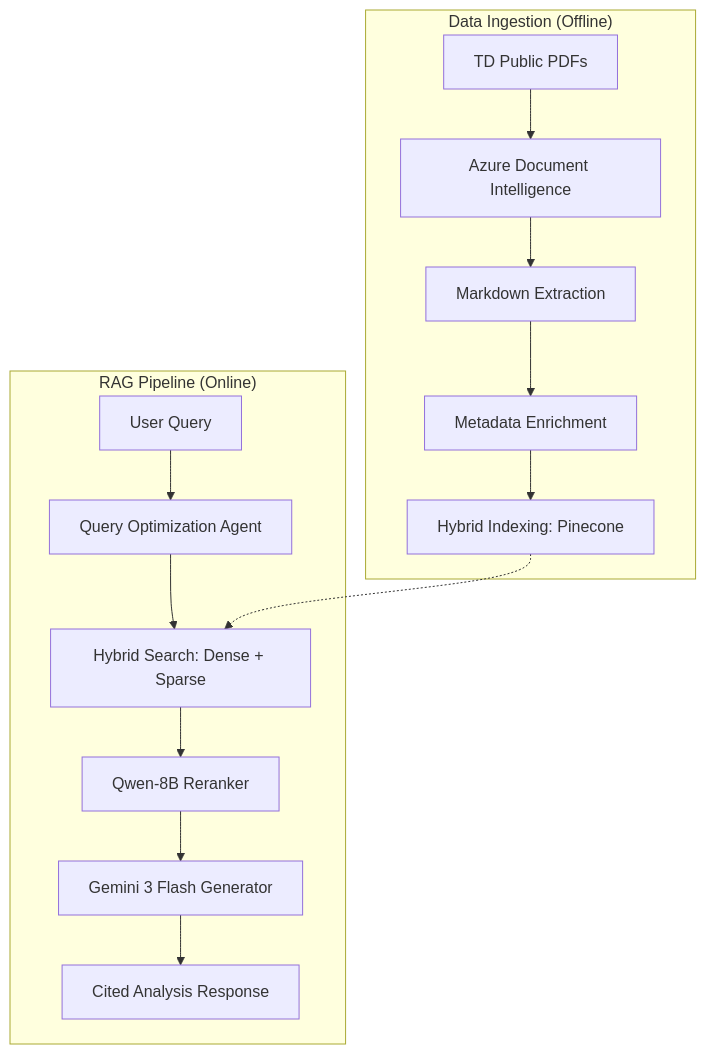
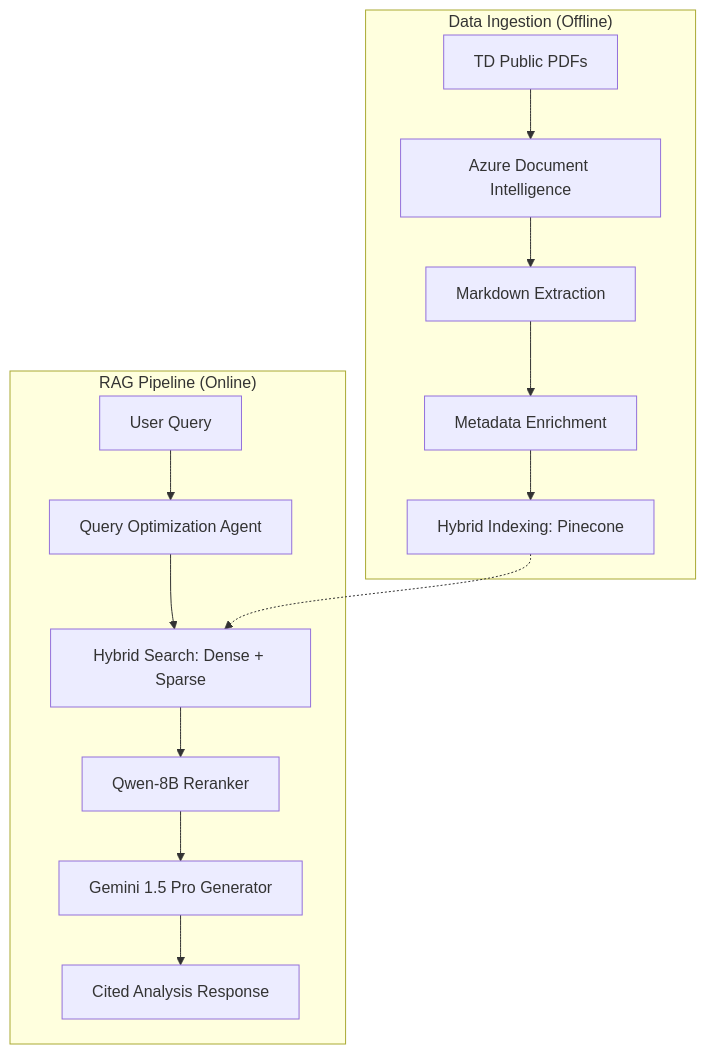
One commit to Ty-Tshiam/TD-Agent changed the diagram in README.md. Above: the diagram before and after it, drawn with Mermaid. The commit also changed other lines of this file, not shown here.

First line of the commit message:
Modify add roadmap

````diff
--- a/README.md
+++ b/README.md
@@ -7,19 +7,19 @@
 ```mermaid
 graph TD
     subgraph "Data Ingestion (Offline)"
         A[TD Public PDFs] --> B[Azure Document Intelligence]
         B --> C[Markdown Extraction]
         C --> D[Metadata Enrichment]
         D --> E[Hybrid Indexing: Pinecone]
     end
 
     subgraph "RAG Pipeline (Online)"
         F[User Query] --> G[Query Optimization Agent]
         G --> H[Hybrid Search: Dense + Sparse]
         H --> I[Qwen-8B Reranker]
-        I --> J[Gemini 3 Flash Generator]
+        I --> J[Gemini 1.5 Pro Generator]
         J --> K[Cited Analysis Response]
     end
 
     E -.-> H
 ```
````
